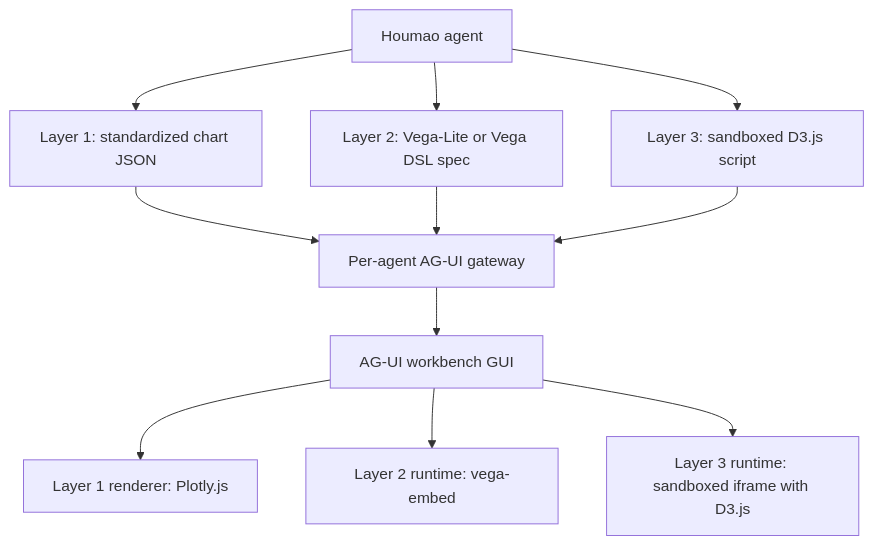
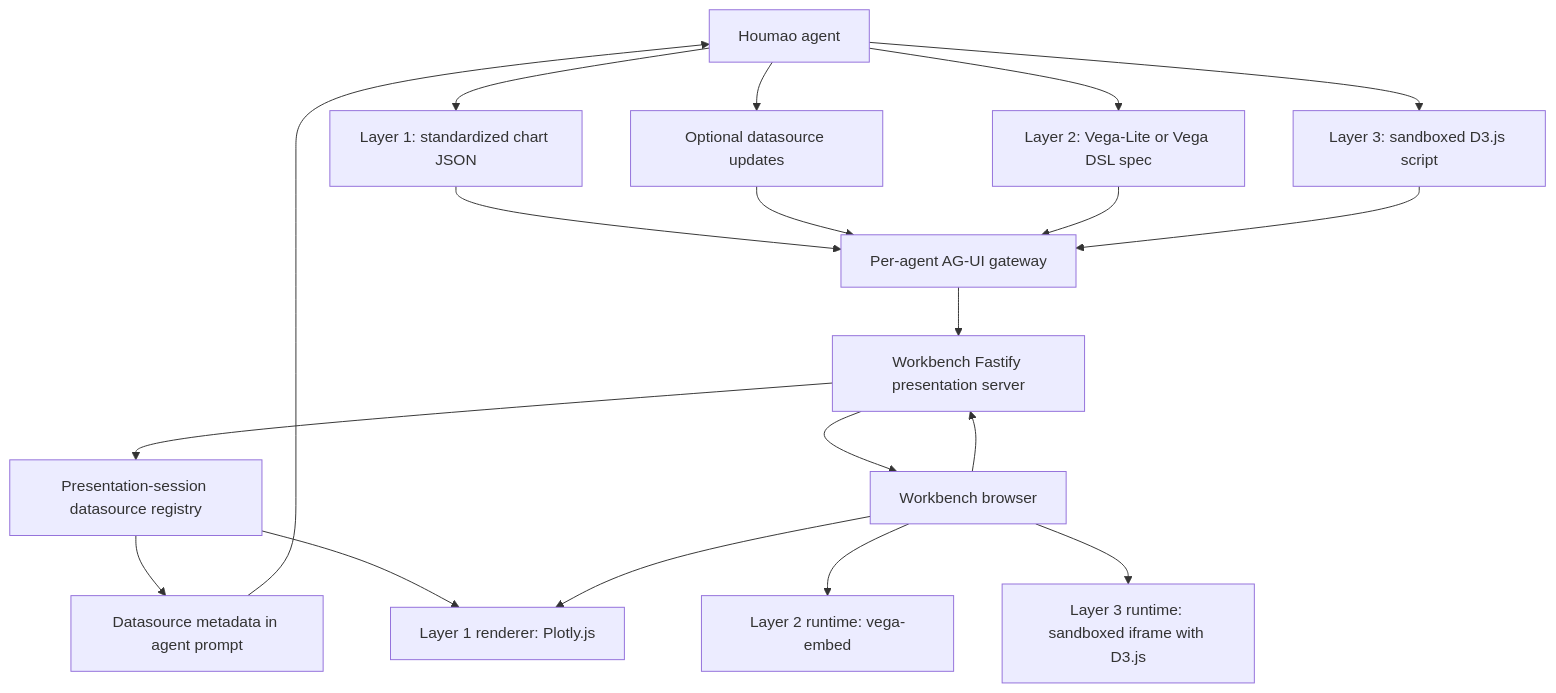
The diagram in context/plans/ag-ui-advanced-cap/intro.md (igamenovoer/houmao), drawn with Mermaid before and after one commit. The commit also changed other lines of this file and 34 other files, not shown here.

Commit message:
feat: add Fastify-backed AG-UI workbench server

````diff
--- a/context/plans/ag-ui-advanced-cap/intro.md
+++ b/context/plans/ag-ui-advanced-cap/intro.md
@@ -11,20 +11,30 @@
 ```mermaid
 flowchart TD
   Agent[Houmao agent]
   Gateway[Per-agent AG-UI gateway]
-  GUI[AG-UI workbench GUI]
+  Browser[Workbench browser]
+  Server[Workbench Fastify presentation server]
+
+  Browser --> Server
+  Server --> R0[Presentation-session datasource registry]
+  R0 --> PM[Datasource metadata in agent prompt]
+  PM --> Agent
 
   Agent --> L1[Layer 1: standardized chart JSON]
+  Agent --> DS[Optional datasource updates]
   Agent --> L2[Layer 2: Vega-Lite or Vega DSL spec]
   Agent --> L3[Layer 3: sandboxed D3.js script]
 
   L1 --> Gateway
+  DS --> Gateway
   L2 --> Gateway
   L3 --> Gateway
 
-  Gateway --> GUI
+  Gateway --> Server
+  Server --> Browser
 
-  GUI --> A1[Layer 1 renderer: Plotly.js]
-  GUI --> A2[Layer 2 runtime: vega-embed]
-  GUI --> A3[Layer 3 runtime: sandboxed iframe with D3.js]
+  R0 --> A1
+  Browser --> A1[Layer 1 renderer: Plotly.js]
+  Browser --> A2[Layer 2 runtime: vega-embed]
+  Browser --> A3[Layer 3 runtime: sandboxed iframe with D3.js]
 ```
````
